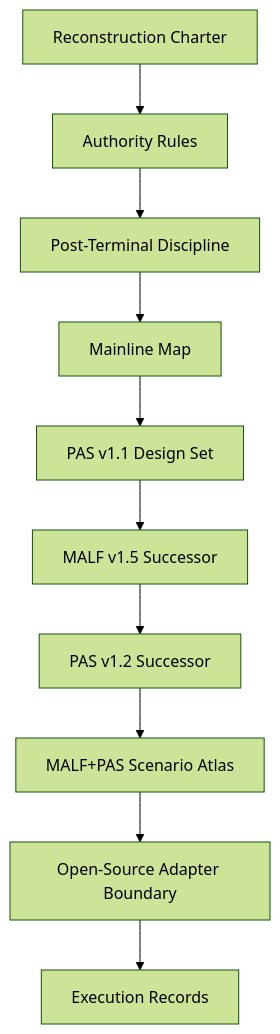
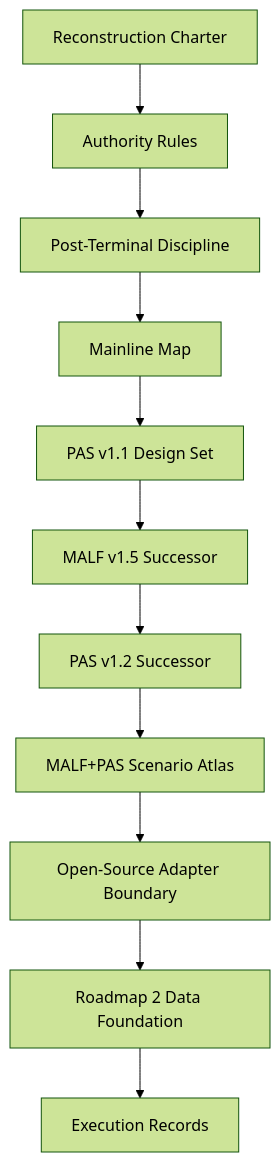
The diagram in docs/README.md (everything-is-simple/Malf-Pas), drawn with Mermaid (forest theme) before and after one commit. The commit also changed other lines of this file and 7 other files, not shown here.

Commit message:
docs: align roadmap 1 with roadmap 2 handoff

````diff
--- a/docs/README.md
+++ b/docs/README.md
@@ -5,12 +5,13 @@
 ```mermaid
 flowchart TD
     A[Reconstruction Charter] --> B[Authority Rules]
     B --> C[Post-Terminal Discipline]
     C --> D[Mainline Map]
     D --> E[PAS v1.1 Design Set]
     E --> F[MALF v1.5 Successor]
     F --> G[PAS v1.2 Successor]
     G --> H[MALF+PAS Scenario Atlas]
     H --> I[Open-Source Adapter Boundary]
-    I --> J[Execution Records]
+    I --> J[Roadmap 2 Data Foundation]
+    J --> K[Execution Records]
 ```
````
